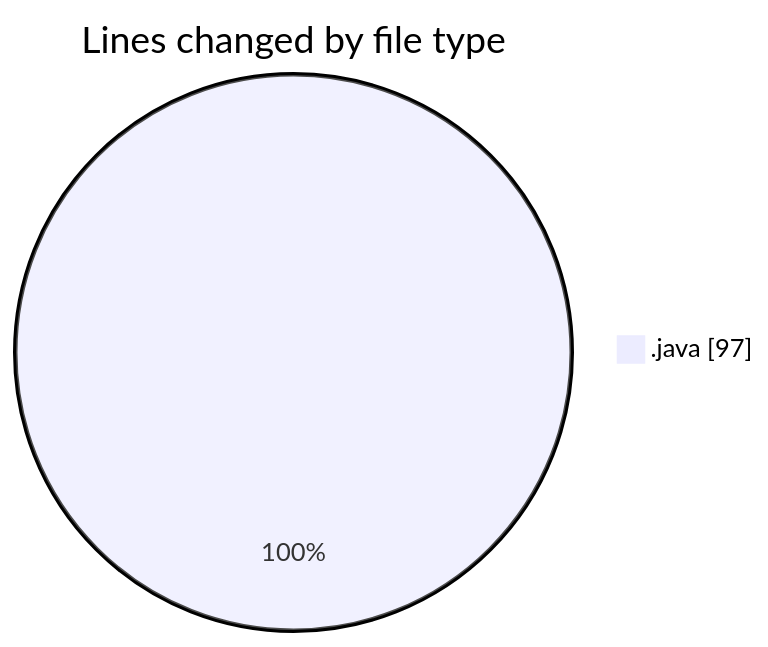
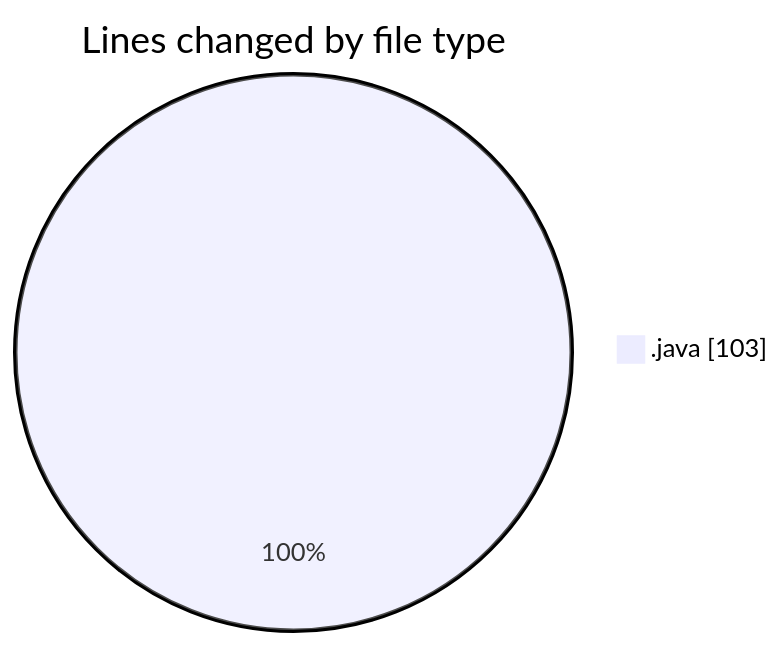
One commit to NitaiMahat/code-tracking changed the first of 2 diagrams in 2025-03-25/startfiles/README.md. Above: the diagram before and after it, drawn with Mermaid. The commit also changed other lines of this file and 1 other file, not shown here.

````diff
--- a/2025-03-25/startfiles/README.md
+++ b/2025-03-25/startfiles/README.md
@@ -20,5 +20,5 @@
 ```mermaid
 pie showData
 title Lines changed by file type
-".java" : 97
+".java" : 103
 ```
````
